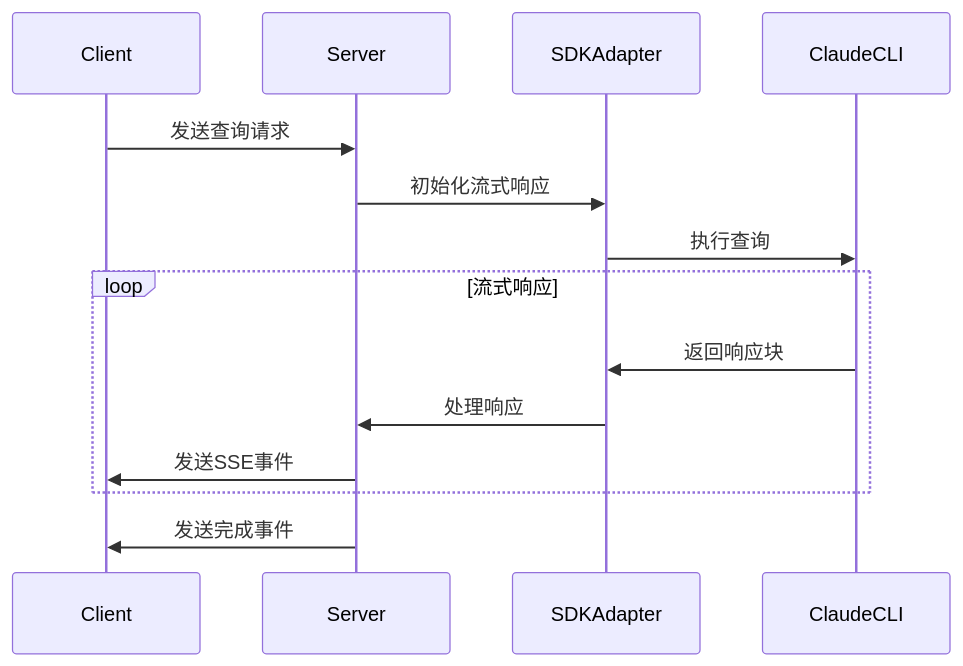
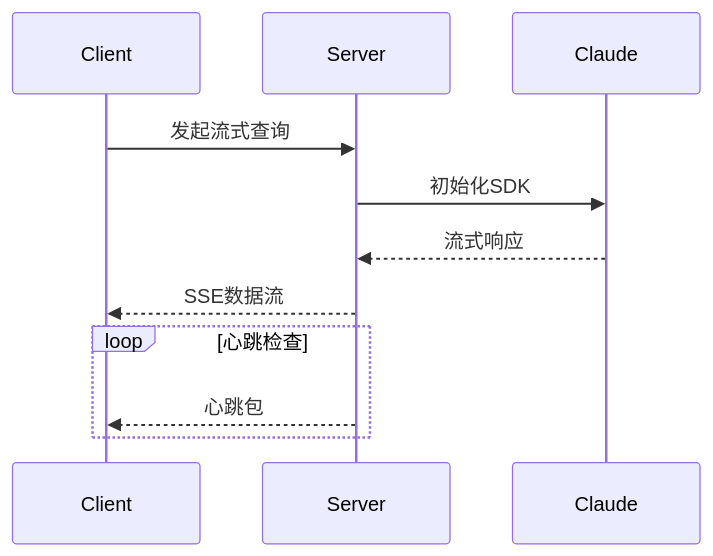
The fourth of 5 diagrams in demo-real/demo-real-Technical-Overview.md (danielli0522/cc-sdk-demo), drawn with Mermaid before and after one commit. The commit also changed other lines of this file and 3 other files, not shown here.

````diff
--- a/demo-real/demo-real-Technical-Overview.md
+++ b/demo-real/demo-real-Technical-Overview.md
@@ -135,17 +76,10 @@
 ```mermaid
 sequenceDiagram
-    participant Client
-    participant Server
-    participant SDKAdapter
-    participant ClaudeCLI
-    
-    Client->>Server: 发送查询请求
-    Server->>SDKAdapter: 初始化流式响应
-    SDKAdapter->>ClaudeCLI: 执行查询
-    loop 流式响应
-        ClaudeCLI->>SDKAdapter: 返回响应块
-        SDKAdapter->>Server: 处理响应
-        Server->>Client: 发送SSE事件
+    Client->>Server: 发起流式查询
+    Server->>Claude: 初始化SDK
+    Claude-->>Server: 流式响应
+    Server-->>Client: SSE数据流
+    loop 心跳检查
+        Server-->>Client: 心跳包
     end
-    Server->>Client: 发送完成事件
 ```
````
